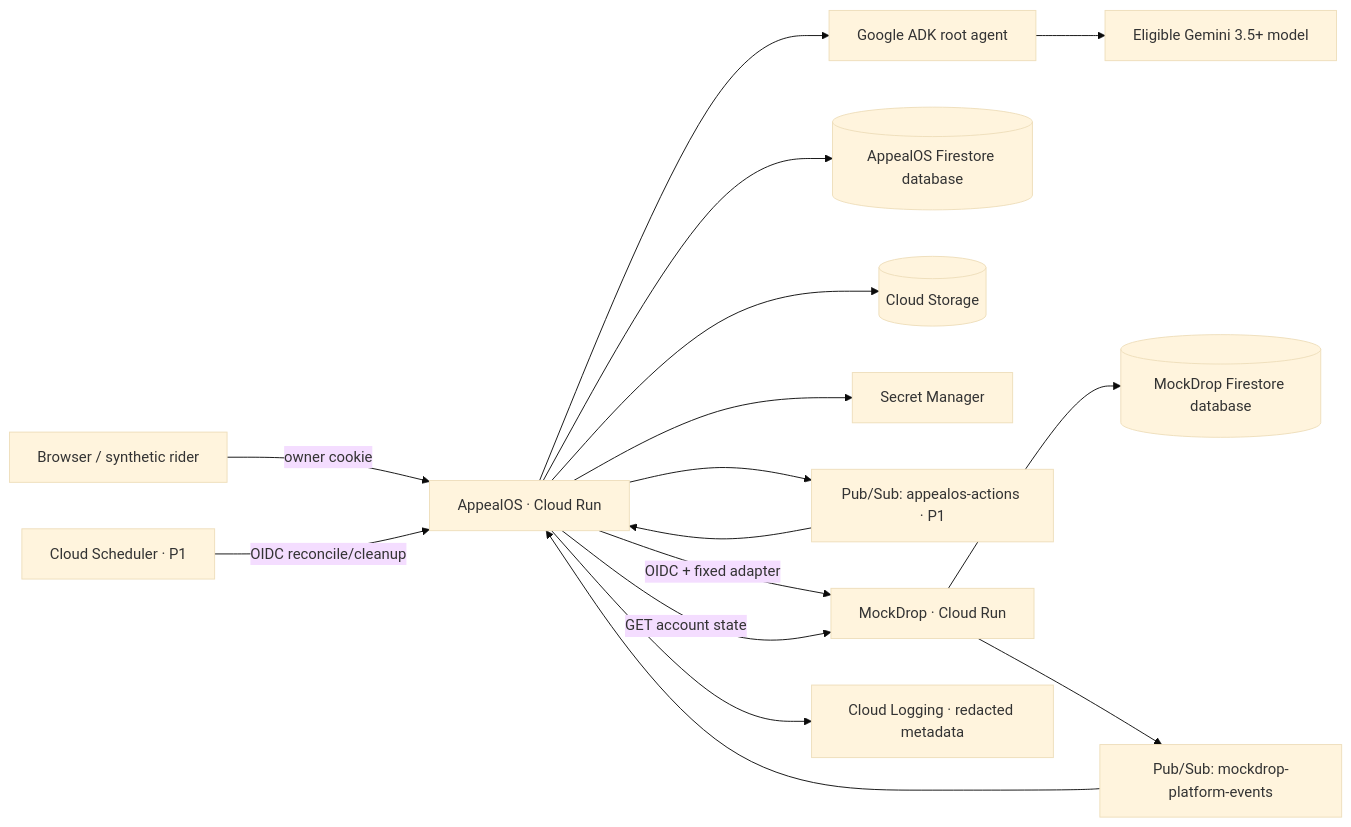
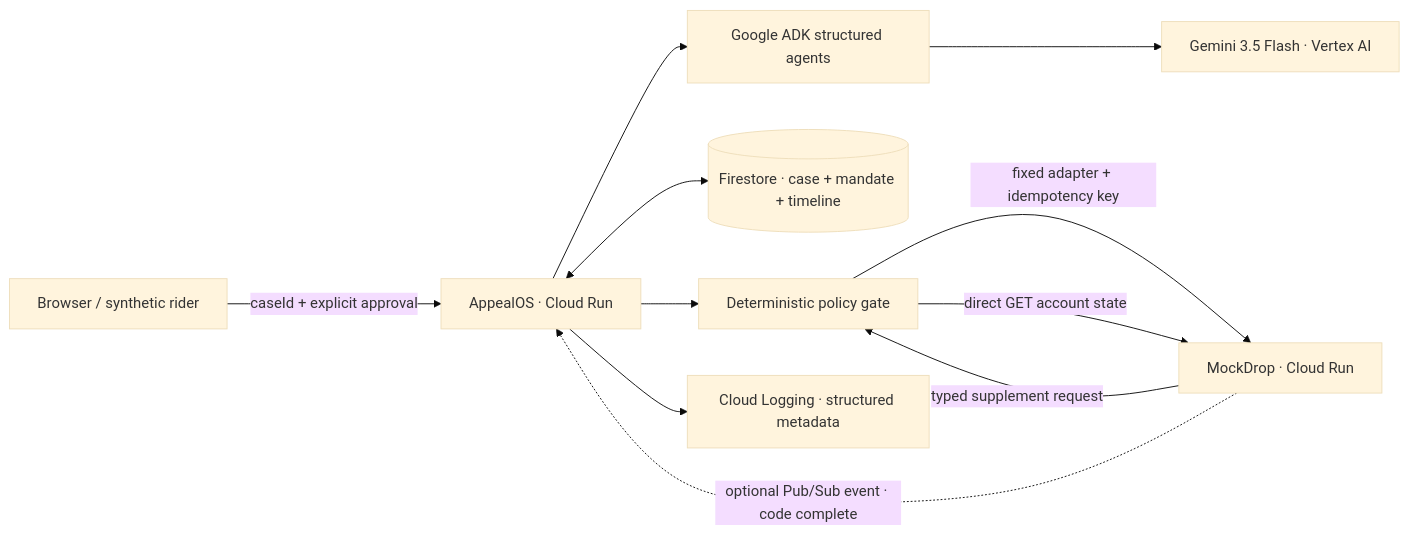
One commit to rectinajh/AppealOS changed the diagram in docs/TECHNICAL_DESIGN.md. Above: the diagram before and after it, drawn with Mermaid (base theme). The commit also changed other lines of this file and 8 other files, not shown here.

````diff
--- a/docs/TECHNICAL_DESIGN.md
+++ b/docs/TECHNICAL_DESIGN.md
@@ -44,18 +47,13 @@
 ```mermaid
 flowchart LR
-    U["Browser / synthetic rider"] -->|"owner cookie"| A["AppealOS · Cloud Run"]
-    A --> ADK["Google ADK root agent"]
-    ADK --> G["Eligible Gemini 3.5+ model"]
-    A --> F[("AppealOS Firestore database")]
-    A --> S[("Cloud Storage")]
-    A --> SM["Secret Manager"]
-    A --> PA["Pub/Sub: appealos-actions · P1"]
-    PA --> A
-    A -->|"OIDC + fixed adapter"| M["MockDrop · Cloud Run"]
-    M --> MF[("MockDrop Firestore database")]
-    M --> PM["Pub/Sub: mockdrop-platform-events"]
-    PM --> A
-    A -->|"GET account state"| M
-    C["Cloud Scheduler · P1"] -->|"OIDC reconcile/cleanup"| A
-    A --> L["Cloud Logging · redacted metadata"]
+    U["Browser / synthetic rider"] -->|"caseId + explicit approval"| A["AppealOS · Cloud Run"]
+    A --> ADK["Google ADK structured agents"]
+    ADK --> G["Gemini 3.5 Flash · Vertex AI"]
+    A <--> F[("Firestore · case + mandate + timeline")]
+    A --> P["Deterministic policy gate"]
+    P -->|"fixed adapter + idempotency key"| M["MockDrop · Cloud Run"]
+    M -->|"typed supplement request"| P
+    M -. "optional Pub/Sub event · code complete" .-> A
+    P -->|"direct GET account state"| M
+    A --> L["Cloud Logging · structured metadata"]
 ```
````
